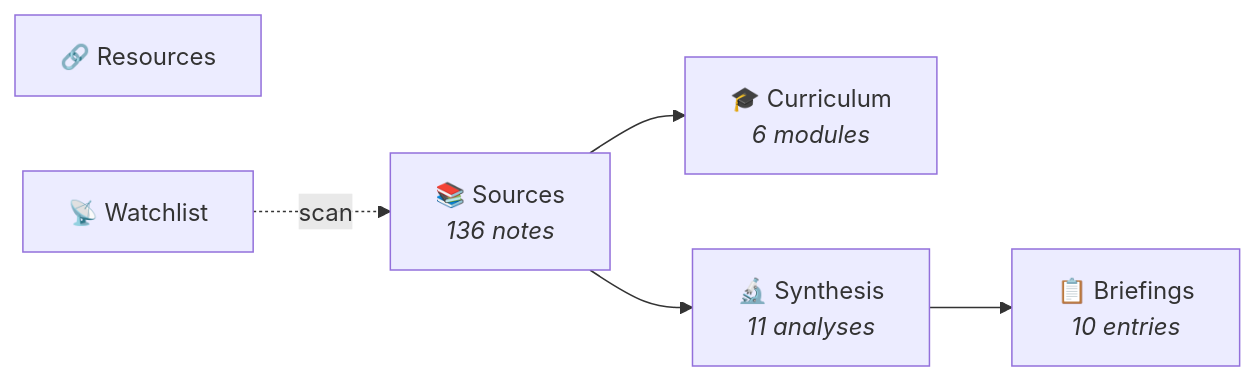
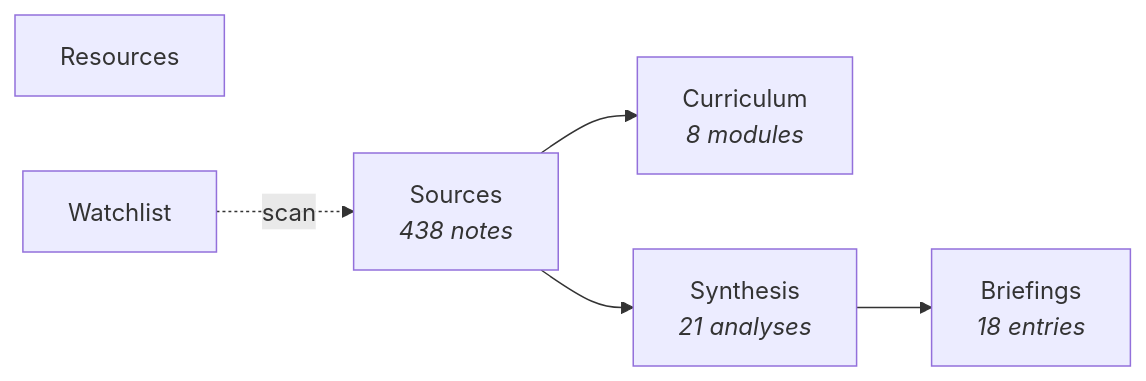
The first of 3 diagrams in README.md (xlozinguez/ai-hype-watcher), drawn with Mermaid before and after one commit. The commit also changed other lines of this file and 3 other files, not shown here.

````diff
--- a/README.md
+++ b/README.md
@@ -15,21 +15,21 @@
 ```mermaid
 graph LR
-    S["📚 Sources<br/><i>136 notes</i>"]
-    C["🎓 Curriculum<br/><i>6 modules</i>"]
-    Y["🔬 Synthesis<br/><i>11 analyses</i>"]
-    B["📋 Briefings<br/><i>10 entries</i>"]
-    R["🔗 Resources"]
-    W["📡 Watchlist"]
+    S["Sources<br/><i>438 notes</i>"]
+    C["Curriculum<br/><i>8 modules</i>"]
+    Y["Synthesis<br/><i>21 analyses</i>"]
+    B["Briefings<br/><i>18 entries</i>"]
+    R["Resources"]
+    W["Watchlist"]
 
     S --> C
     S --> Y
     Y --> B
     W -.->|scan| S
 
     click S "sources/" "Individual source notes"
     click C "curriculum/" "Learning path"
     click Y "synthesis/" "Cross-source analyses"
     click B "briefings/" "Daily findings"
     click R "resources/" "External links"
     click W "watchlist/" "YouTube channels"
 ```
````
